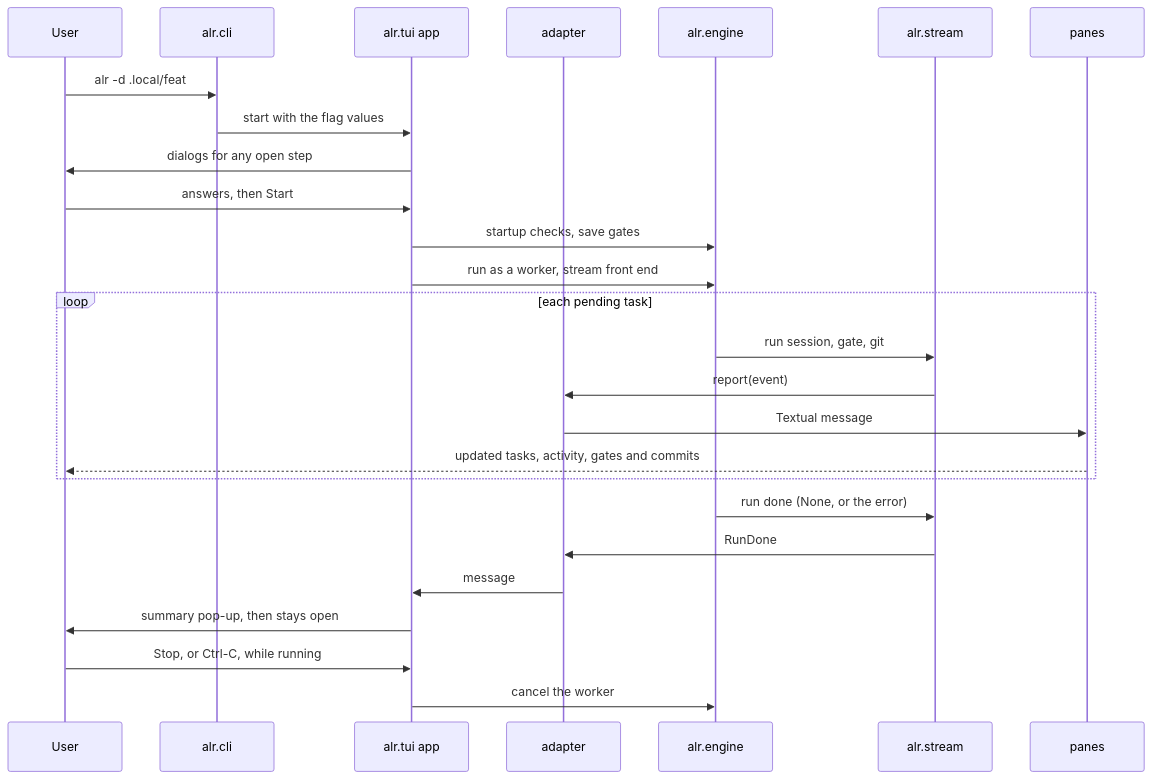
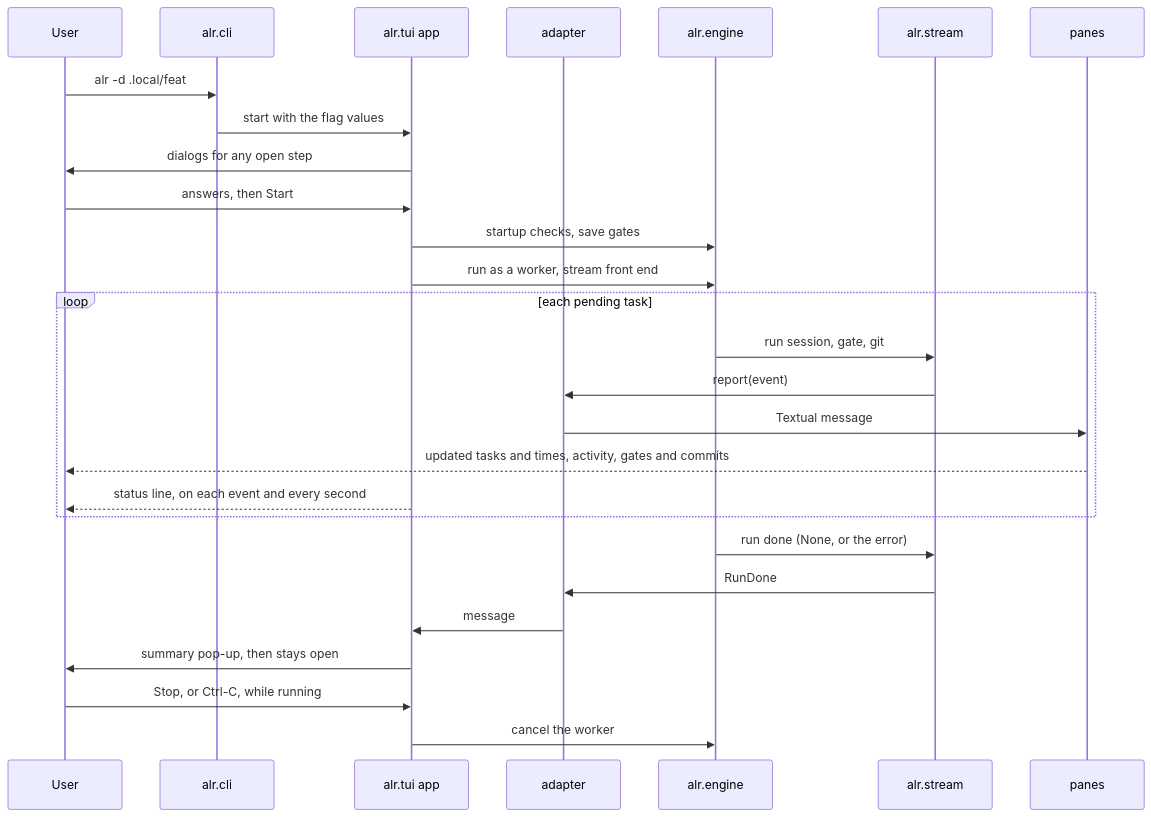
The fourth of 5 diagrams in docs/design/03_system_architecture.md (twistingmercury/agentic_loop_runner), drawn with Mermaid before and after one commit. The commit also changed other lines of this file and 26 other files, not shown here.

````diff
--- a/docs/design/03_system_architecture.md
+++ b/docs/design/03_system_architecture.md
@@ -396,29 +408,30 @@
 ```mermaid
 %%{init: {"themeVariables": {"actorTextColor": "#000000"}}}%%
 sequenceDiagram
     participant User
     participant CLI as alr.cli
     participant App as alr.tui app
     participant Adapter as adapter
     participant Engine as alr.engine
     participant Stream as alr.stream
     participant Panes as panes
     User ->> CLI: alr -d .local/feat
     CLI ->> App: start with the flag values
     App ->> User: dialogs for any open step
     User ->> App: answers, then Start
     App ->> Engine: startup checks, save gates
     App ->> Engine: run as a worker, stream front end
     loop each pending task
         Engine ->> Stream: run session, gate, git
         Stream ->> Adapter: report(event)
         Adapter ->> Panes: Textual message
-        Panes -->> User: updated tasks, activity, gates and commits
+        Panes -->> User: updated tasks and times, activity, gates and commits
+        App -->> User: status line, on each event and every second
     end
     Engine ->> Stream: run done (None, or the error)
     Stream ->> Adapter: RunDone
     Adapter ->> App: message
     App ->> User: summary pop-up, then stays open
     User ->> App: Stop, or Ctrl-C, while running
     App ->> Engine: cancel the worker
 ```
````
